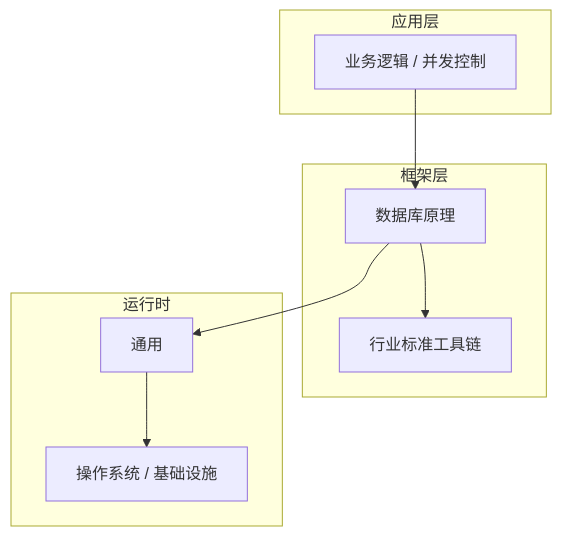
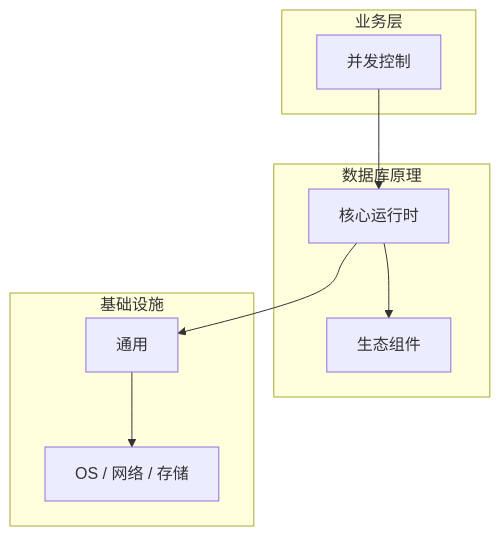
The diagram in articles/数据库原理/chapters/044-并发控制核心概念与原理.md (yanggan2015/knowledge-json-v2), drawn with Mermaid before and after one commit. The commit also changed other lines of this file and 10127 other files, not shown here.

````diff
--- a/articles/数据库原理/chapters/044-并发控制核心概念与原理.md
+++ b/articles/数据库原理/chapters/044-并发控制核心概念与原理.md
@@ -45,18 +34,18 @@
 ```mermaid
 graph TB
-    subgraph 应用层
-        A[业务逻辑 / 并发控制]
+    subgraph 业务层
+        A[并发控制]
     end
-    subgraph 框架层
-        B[数据库原理]
-        C[行业标准工具链]
+    subgraph 数据库原理
+        B[核心运行时]
+        C[生态组件]
     end
-    subgraph 运行时
+    subgraph 基础设施
         D[通用]
-        E[操作系统 / 基础设施]
+        E[OS / 网络 / 存储]
     end
     A --> B
     B --> C
     B --> D
     D --> E
 ```
````
